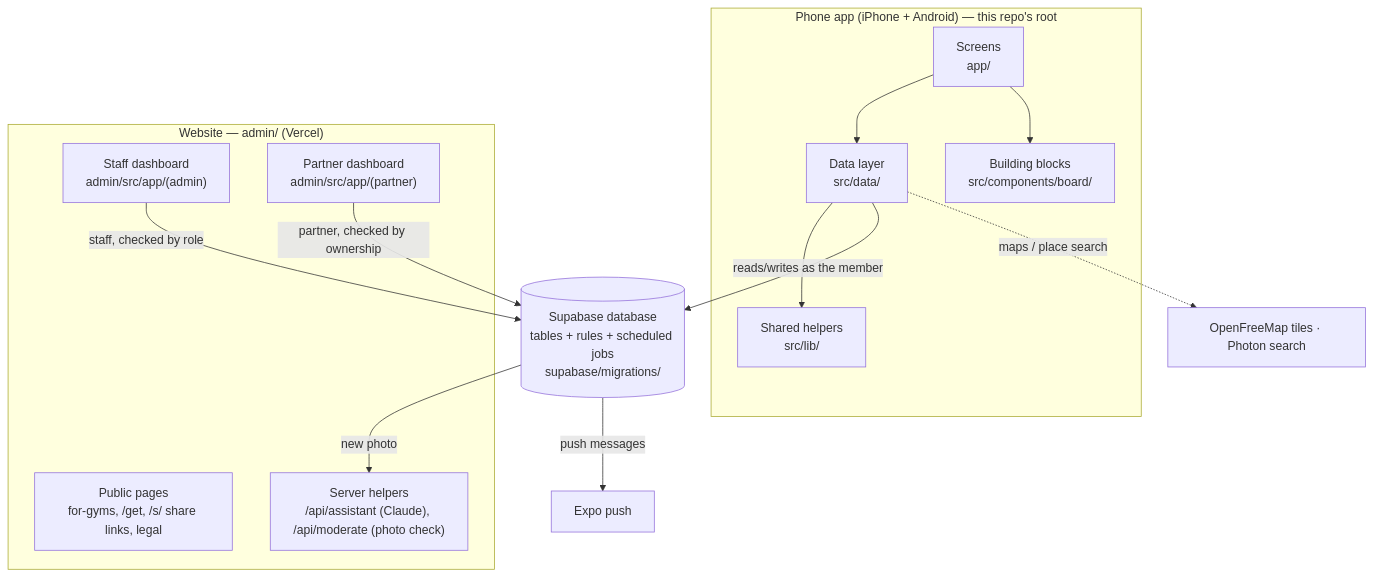
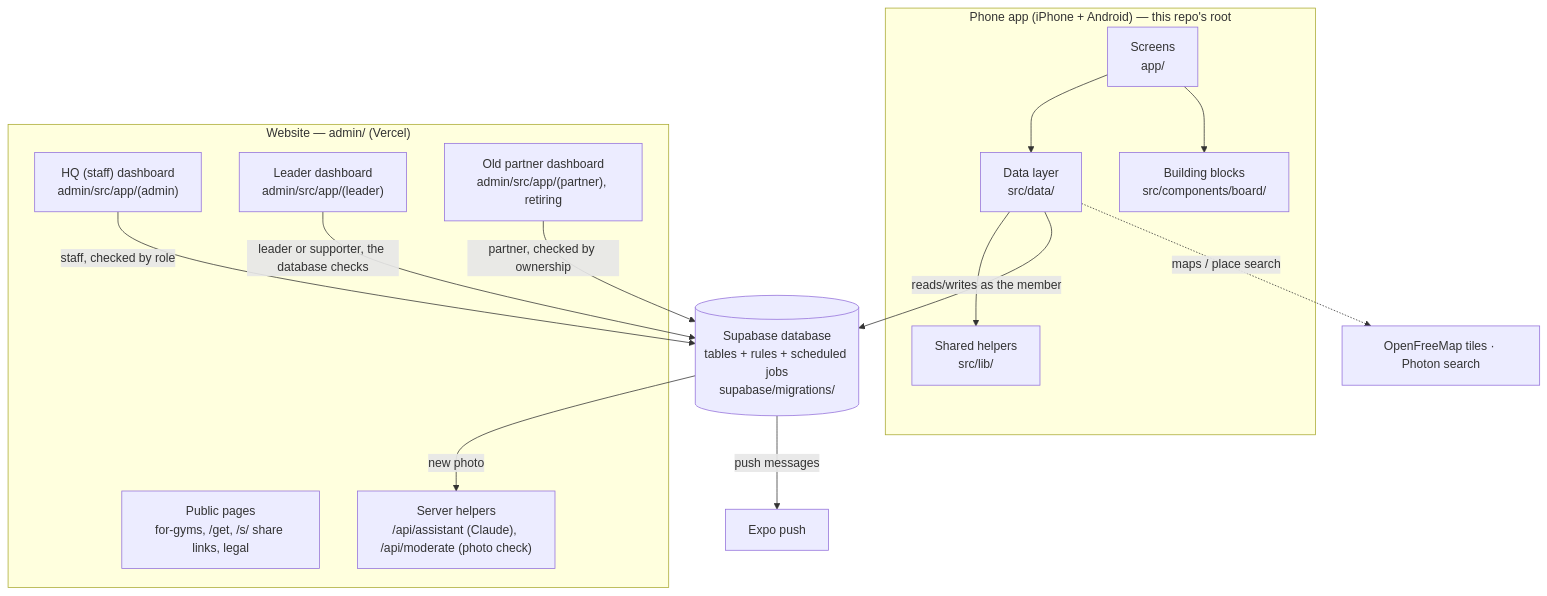
Before and after one commit to riadfilat/beast-tribe: the diagram in ARCHITECTURE.md, drawn with Mermaid. The commit also changed other lines of this file and 63 other files, not shown here.

Commit message:
New dashboard step 2: leader dashboard (Home, Sessions, Courts, Coaching, Nutrition, Teams, People, Features, Profile), sign-in link, session prices in the app (093-095)

````diff
--- a/ARCHITECTURE.md
+++ b/ARCHITECTURE.md
@@ -7,21 +7,23 @@
 ```mermaid
 flowchart TB
   subgraph Phones["Phone app (iPhone + Android) — this repo's root"]
     S["Screens<br/>app/"] --> D["Data layer<br/>src/data/"]
     S --> C["Building blocks<br/>src/components/board/"]
     D --> L["Shared helpers<br/>src/lib/"]
   end
   subgraph Web["Website — admin/ (Vercel)"]
-    SD["Staff dashboard<br/>admin/src/app/(admin)"]
-    PD["Partner dashboard<br/>admin/src/app/(partner)"]
+    SD["HQ (staff) dashboard<br/>admin/src/app/(admin)"]
+    LD["Leader dashboard<br/>admin/src/app/(leader)"]
+    PD["Old partner dashboard<br/>admin/src/app/(partner), retiring"]
     PUB["Public pages<br/>for-gyms, /get, /s/ share links, legal"]
     API["Server helpers<br/>/api/assistant (Claude), /api/moderate (photo check)"]
   end
   DB[("Supabase database<br/>tables + rules + scheduled jobs<br/>supabase/migrations/")]
   D -- "reads/writes as the member" --> DB
   SD -- "staff, checked by role" --> DB
+  LD -- "leader or supporter, the database checks" --> DB
   PD -- "partner, checked by ownership" --> DB
   DB -- "push messages" --> EXPO["Expo push"]
   DB -- "new photo" --> API
   D -. "maps / place search" .-> MAP["OpenFreeMap tiles · Photon search"]
 ```
````
